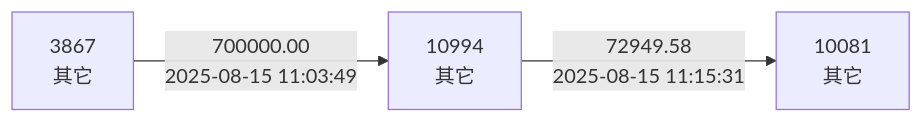
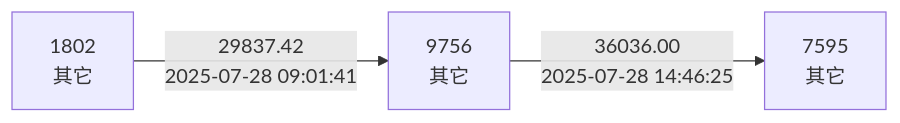
One commit to ooooorrange-ship-it/fintech-pipeline changed the third of 17 diagrams in docs/task3_link_visualization_samples.md. Above: the diagram before and after it, drawn with Mermaid. The commit also changed other lines of this file and 64 other files, not shown here.

````diff
--- a/docs/task3_link_visualization_samples.md
+++ b/docs/task3_link_visualization_samples.md
@@ -15,5 +23,5 @@
 ```mermaid
 flowchart LR
-  A["3867\n其它"] -->|"700000.00\n2025-08-15 11:03:49"| B["10994\n其它"]
-  B -->|"72949.58\n2025-08-15 11:15:31"| C["10081\n其它"]
+  A["1802\n其它"] -->|"29837.42\n2025-07-28 09:01:41"| B["9756\n其它"]
+  B -->|"36036.00\n2025-07-28 14:46:25"| C["7595\n其它"]
 ```
````
